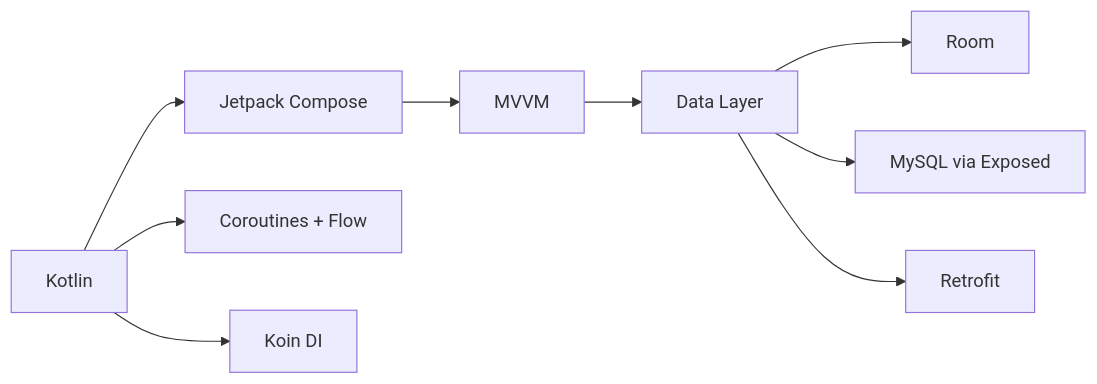
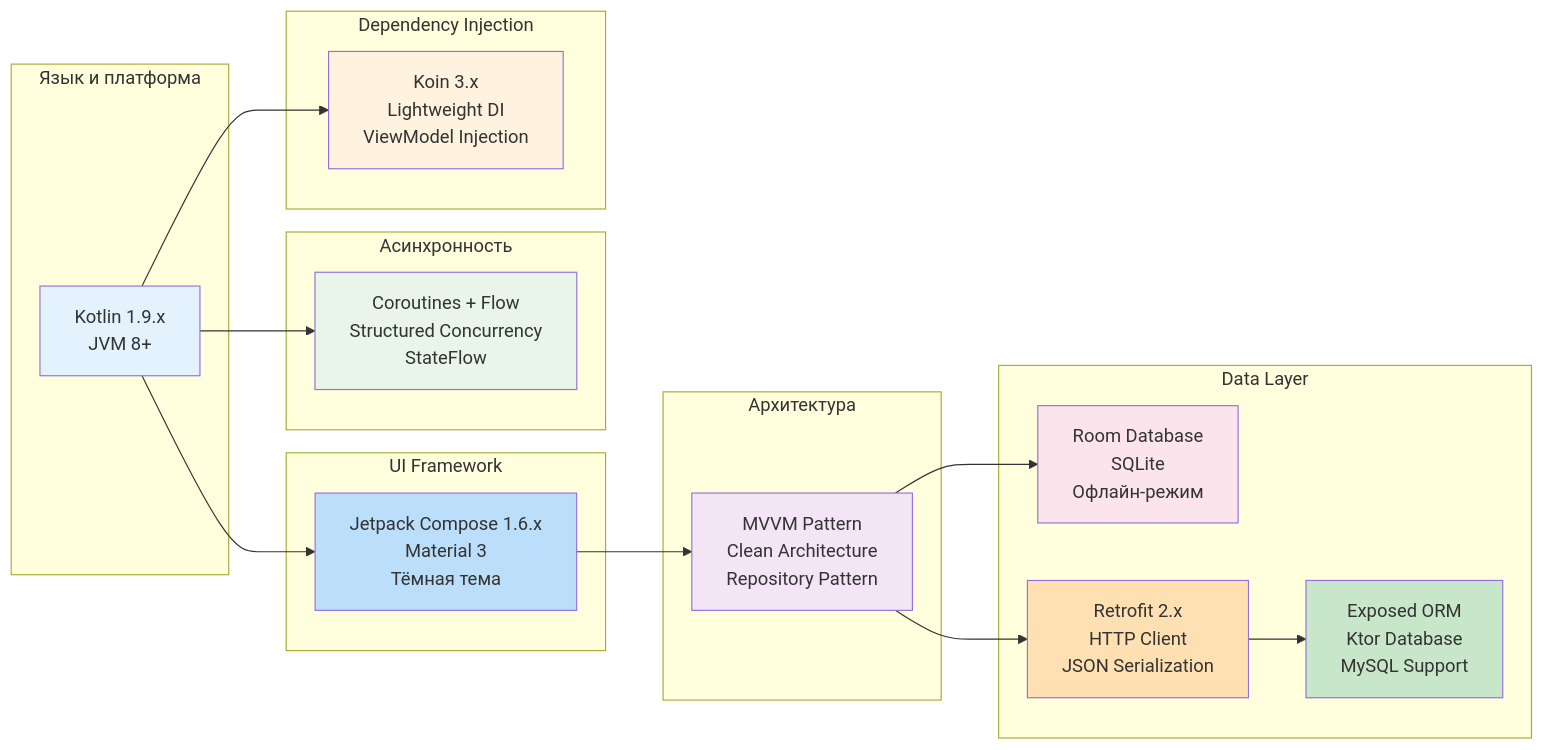
Before and after one commit to Angel-Energy/diplom-: the seventh of 31 diagrams in ALL_DIAGRAMS.md, drawn with Mermaid. The commit also changed other lines of this file, not shown here.

Commit message:
Enhance diagram text with detailed descriptions, subgraphs, and styling

````diff
--- a/ALL_DIAGRAMS.md
+++ b/ALL_DIAGRAMS.md
@@ -124,11 +203,38 @@
 ```mermaid
 graph LR
-    A[Kotlin] --> B[Jetpack Compose]
-    A --> C[Coroutines + Flow]
-    A --> D[Koin DI]
-    B --> E[MVVM]
-    E --> F[Data Layer]
-    F --> G[Room]
-    F --> H[MySQL via Exposed]
-    F --> I[Retrofit]
+    subgraph "Язык и платформа"
+        A[Kotlin 1.9.x<br/>JVM 8+]
+    end
+    subgraph "UI Framework"
+        B[Jetpack Compose 1.6.x<br/>Material 3<br/>Тёмная тема]
+    end
+    subgraph "Асинхронность"
+        C[Coroutines + Flow<br/>Structured Concurrency<br/>StateFlow]
+    end
+    subgraph "Dependency Injection"
+        D[Koin 3.x<br/>Lightweight DI<br/>ViewModel Injection]
+    end
+    subgraph "Архитектура"
+        E[MVVM Pattern<br/>Clean Architecture<br/>Repository Pattern]
+    end
+    subgraph "Data Layer"
+        F[Room Database<br/>SQLite<br/>Офлайн-режим]
+        G[Retrofit 2.x<br/>HTTP Client<br/>JSON Serialization]
+        H[Exposed ORM<br/>Ktor Database<br/>MySQL Support]
+    end
+    A --> B
+    A --> C
+    A --> D
+    B --> E
+    E --> F
+    E --> G
+    G --> H
+    style A fill:#e3f2fd
+    style B fill:#bbdefb
+    style C fill:#e8f5e8
+    style D fill:#fff3e0
+    style E fill:#f3e5f5
+    style F fill:#fce4ec
+    style G fill:#ffe0b2
+    style H fill:#c8e6c9
 ```
````
